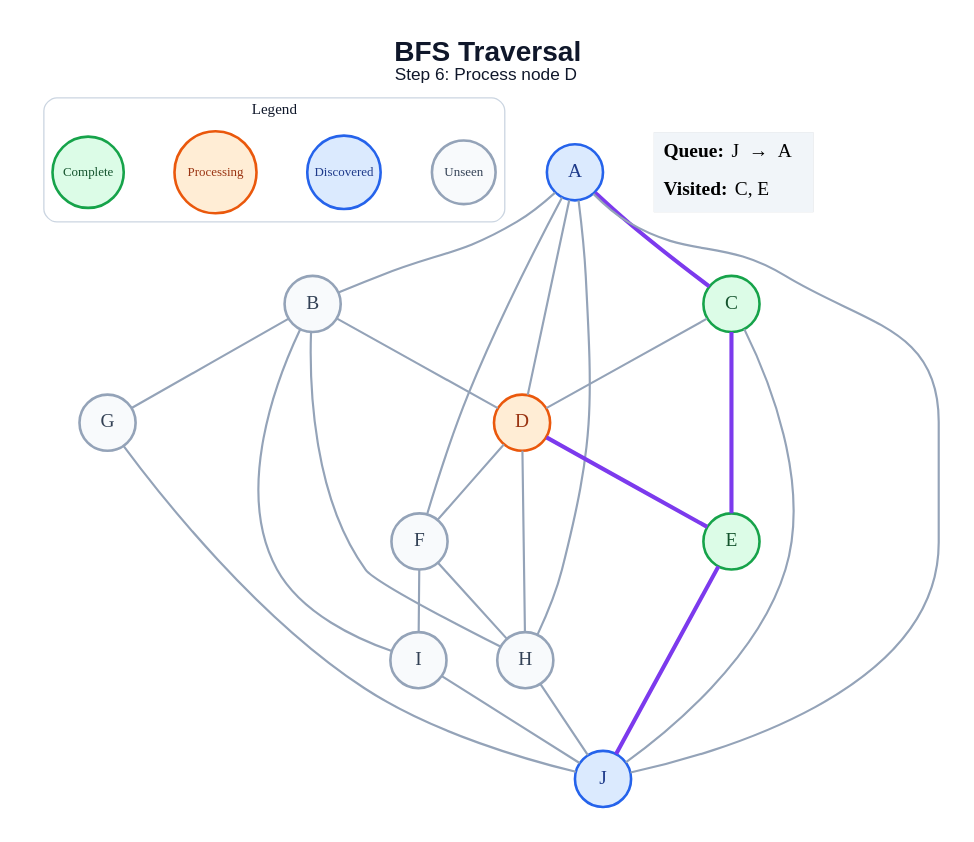
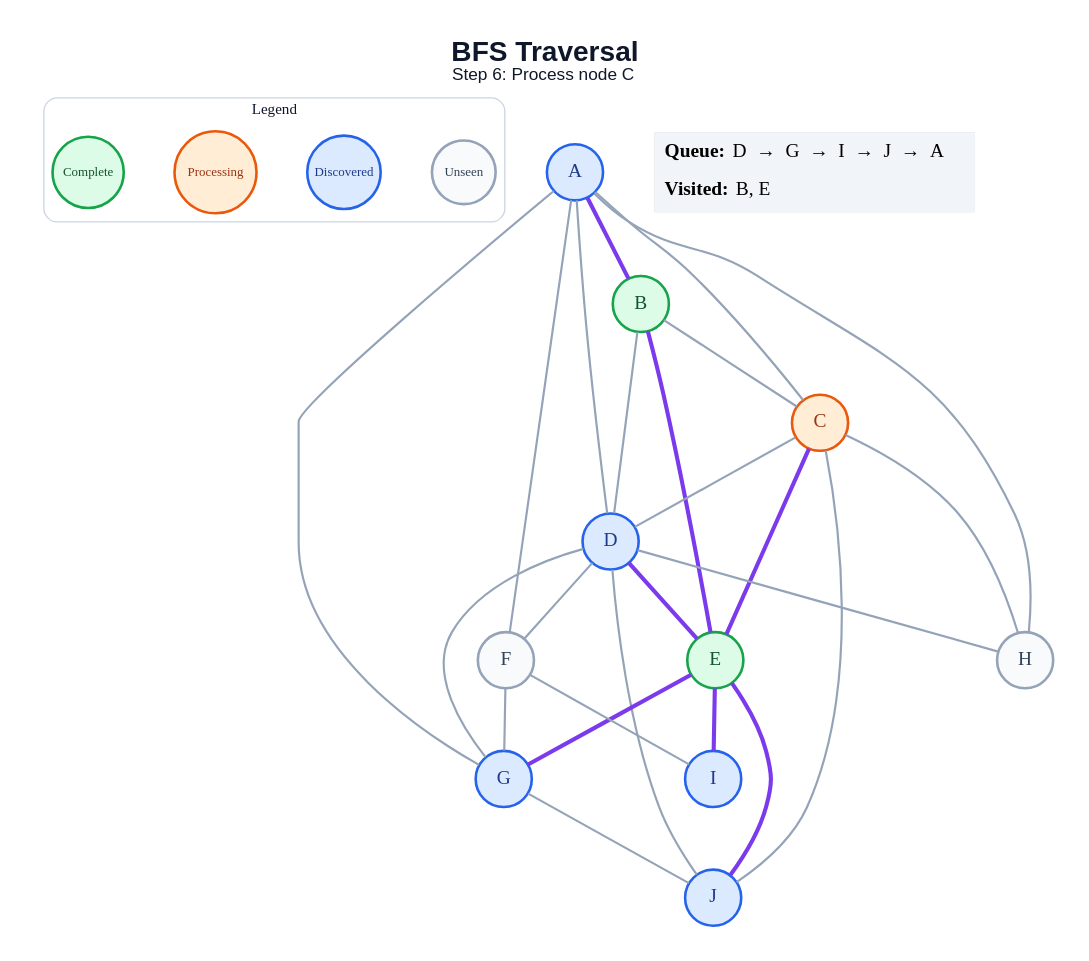
Before and after one commit to amanghodawala9/ai-slop: the diagram in generated/specific-node/bfs/step_06.dot, drawn with Graphviz. The commit also changed 178 other files, not shown here.

```diff
--- a/generated/specific-node/bfs/step_06.dot
+++ b/generated/specific-node/bfs/step_06.dot
@@ -1,51 +1,53 @@
 graph traversal {
   graph [layout=dot, rankdir=TB, bgcolor="#FFFFFF", pad="0.35", nodesep="0.65", ranksep="0.8", fontname="Arial"];
   node [shape=circle, style="filled", fontname="Arial Bold", fontsize=18, width=0.72, fixedsize=true, penwidth=2.4];
   edge [color="#94A3B8", penwidth=2.0];
-  label=<<B>BFS Traversal</B><BR/><FONT POINT-SIZE="16">Step 6: Process node D</FONT>>; labelloc="t"; fontsize=26; fontname="Arial"; fontcolor="#0F172A";
+  label=<<B>BFS Traversal</B><BR/><FONT POINT-SIZE="16">Step 6: Process node C</FONT>>; labelloc="t"; fontsize=26; fontname="Arial"; fontcolor="#0F172A";
   subgraph cluster_legend { label="Legend"; color="#CBD5E1"; penwidth=1.2; style="rounded"; fontsize=14; fontname="Arial Bold";
     key_unseen [label="Unseen", fillcolor="#F8FAFC", color="#94A3B8", fontcolor="#334155", fontsize=12, width=0.82];
     key_frontier [label="Discovered", fillcolor="#DBEAFE", color="#2563EB", fontcolor="#1E3A8A", fontsize=12, width=0.95];
     key_current [label="Processing", fillcolor="#FFEDD5", color="#EA580C", fontcolor="#9A3412", fontsize=12, width=1.05];
     key_done [label="Complete", fillcolor="#DCFCE7", color="#16A34A", fontcolor="#14532D", fontsize=12, width=0.92];
     { rank=same; key_unseen; key_frontier; key_current; key_done; }
   }
   A [fillcolor="#DBEAFE", color="#2563EB", fontcolor="#1E3A8A"];
-  B [fillcolor="#F8FAFC", color="#94A3B8", fontcolor="#334155"];
-  C [fillcolor="#DCFCE7", color="#16A34A", fontcolor="#14532D"];
-  D [fillcolor="#FFEDD5", color="#EA580C", fontcolor="#9A3412"];
+  B [fillcolor="#DCFCE7", color="#16A34A", fontcolor="#14532D"];
+  C [fillcolor="#FFEDD5", color="#EA580C", fontcolor="#9A3412"];
+  D [fillcolor="#DBEAFE", color="#2563EB", fontcolor="#1E3A8A"];
   E [fillcolor="#DCFCE7", color="#16A34A", fontcolor="#14532D"];
   F [fillcolor="#F8FAFC", color="#94A3B8", fontcolor="#334155"];
-  G [fillcolor="#F8FAFC", color="#94A3B8", fontcolor="#334155"];
+  G [fillcolor="#DBEAFE", color="#2563EB", fontcolor="#1E3A8A"];
   H [fillcolor="#F8FAFC", color="#94A3B8", fontcolor="#334155"];
-  I [fillcolor="#F8FAFC", color="#94A3B8", fontcolor="#334155"];
+  I [fillcolor="#DBEAFE", color="#2563EB", fontcolor="#1E3A8A"];
   J [fillcolor="#DBEAFE", color="#2563EB", fontcolor="#1E3A8A"];
-  A -- B;
-  A -- C [color="#7C3AED", penwidth=3.8];
+  A -- B [color="#7C3AED", penwidth=3.8];
+  A -- C;
   A -- D;
   A -- F;
+  A -- G;
   A -- H;
-  A -- J;
+  B -- C;
   B -- D;
-  B -- G;
-  B -- H;
-  B -- I;
+  B -- E [color="#7C3AED", penwidth=3.8];
   C -- D;
   C -- E [color="#7C3AED", penwidth=3.8];
+  C -- H;
   C -- J;
   D -- E [color="#7C3AED", penwidth=3.8];
   D -- F;
+  D -- G;
   D -- H;
+  D -- J;
+  E -- G [color="#7C3AED", penwidth=3.8];
+  E -- I [color="#7C3AED", penwidth=3.8];
   E -- J [color="#7C3AED", penwidth=3.8];
-  F -- H;
+  F -- G;
   F -- I;
   G -- J;
-  H -- J;
-  I -- J;
   status [shape=plain, fixedsize=false, width=0, height=0, margin=0, label=<
     <TABLE BORDER="0" CELLBORDER="0" CELLPADDING="7" BGCOLOR="#F1F5F9">
-      <TR><TD ALIGN="LEFT"><B>Queue:</B> J  →  A</TD></TR>
-      <TR><TD ALIGN="LEFT"><B>Visited:</B> C, E</TD></TR>
+      <TR><TD ALIGN="LEFT"><B>Queue:</B> D  →  G  →  I  →  J  →  A</TD></TR>
+      <TR><TD ALIGN="LEFT"><B>Visited:</B> B, E</TD></TR>
     </TABLE>
   >];
 }
```
